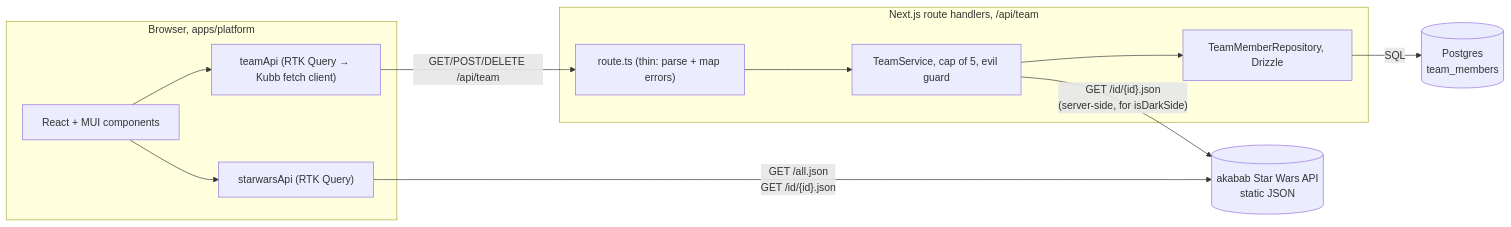
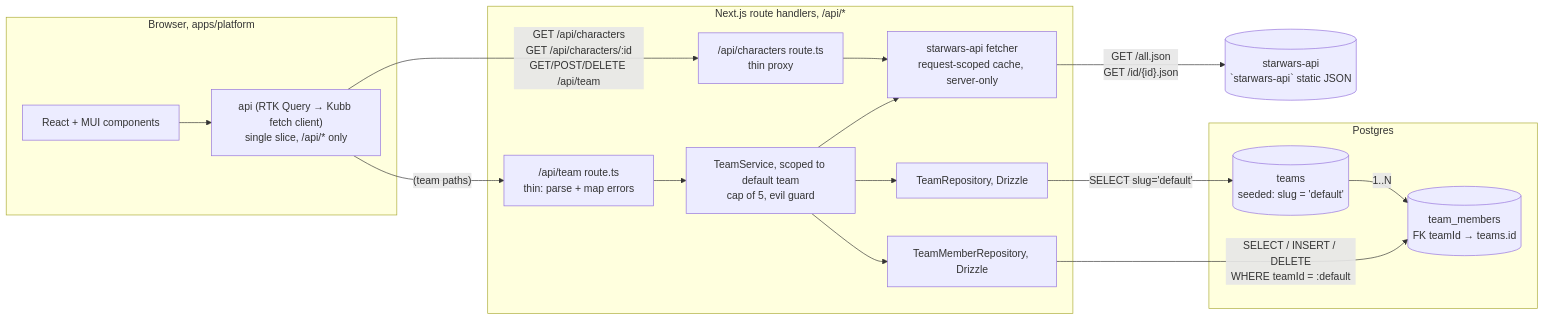
Before and after one commit to stijnvanhulle/starwars: the diagram in plans/plan.md, drawn with Mermaid. The commit also changed other lines of this file and 14 other files, not shown here.

````diff
--- a/plans/plan.md
+++ b/plans/plan.md
@@ -39,26 +40,36 @@
 ```mermaid
 flowchart LR
   subgraph browser["Browser, apps/platform"]
     ui["React + MUI components"]
-    sw["starwarsApi (RTK Query)"]
-    team["teamApi (RTK Query → Kubb fetch client)"]
-    ui --> sw
-    ui --> team
+    api["api (RTK Query → Kubb fetch client)<br/>single slice, /api/* only"]
+    ui --> api
   end
 
-  akabab[("akabab Star Wars API<br/>static JSON")]
+  `starwars-api`[("starwars-api<br/>`starwars-api` static JSON")]
 
-  subgraph nextapi["Next.js route handlers, /api/team"]
-    route["route.ts (thin: parse + map errors)"]
-    service["TeamService, cap of 5, evil guard"]
-    repo["TeamMemberRepository, Drizzle"]
-    route --> service --> repo
+  subgraph nextapi["Next.js route handlers, /api/*"]
+    chRoute["/api/characters route.ts<br/>thin proxy"]
+    teamRoute["/api/team route.ts<br/>thin: parse + map errors"]
+    fetcher["starwars-api fetcher<br/>request-scoped cache, server-only"]
+    service["TeamService, scoped to default team<br/>cap of 5, evil guard"]
+    teamRepo["TeamRepository, Drizzle"]
+    memberRepo["TeamMemberRepository, Drizzle"]
+    chRoute --> fetcher
+    teamRoute --> service
+    service --> fetcher
+    service --> teamRepo
+    service --> memberRepo
   end
 
-  pg[("Postgres<br/>team_members")]
+  subgraph pg["Postgres"]
+    teams[("teams<br/>seeded: slug = 'default'")]
+    members[("team_members<br/>FK teamId → teams.id")]
+    teams -- "1..N" --> members
+  end
 
-  sw -- "GET /all.json<br/>GET /id/{id}.json" --> akabab
-  team -- "GET/POST/DELETE /api/team" --> route
-  service -- "GET /id/{id}.json<br/>(server-side, for isDarkSide)" --> akabab
-  repo -- "SQL" --> pg
+  api -- "GET /api/characters<br/>GET /api/characters/:id<br/>GET/POST/DELETE /api/team" --> chRoute
+  api -- "(team paths)" --> teamRoute
+  fetcher -- "GET /all.json<br/>GET /id/{id}.json" --> `starwars-api`
+  teamRepo -- "SELECT slug='default'" --> teams
+  memberRepo -- "SELECT / INSERT / DELETE<br/>WHERE teamId = :default" --> members
 ```
````
